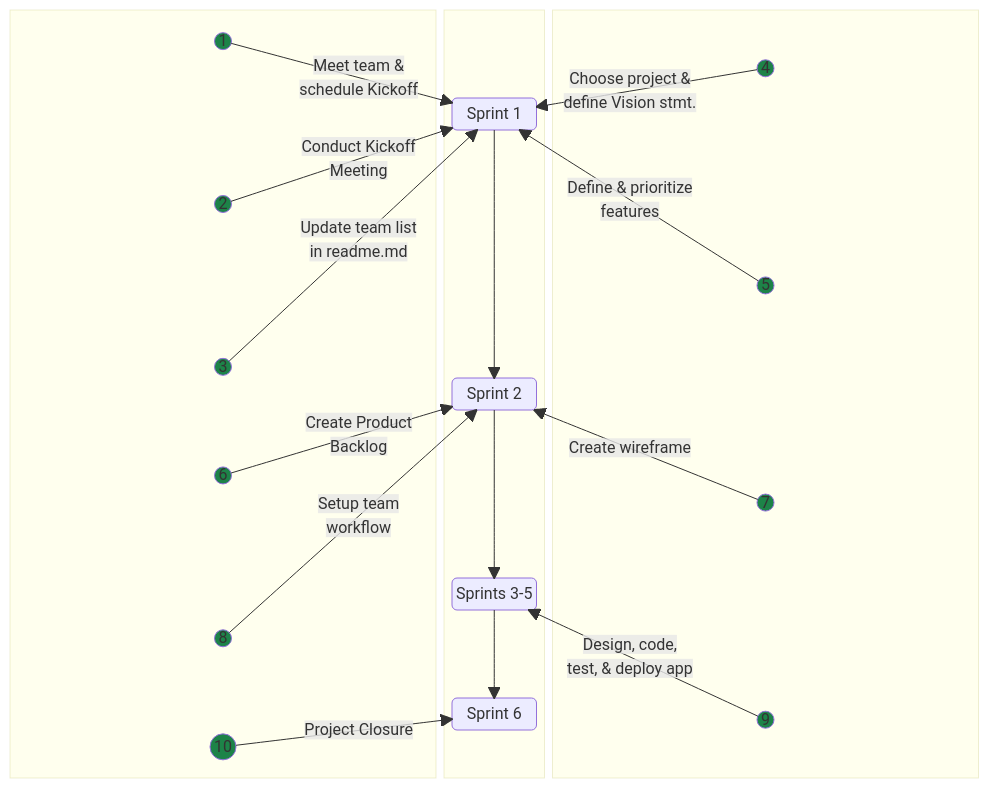
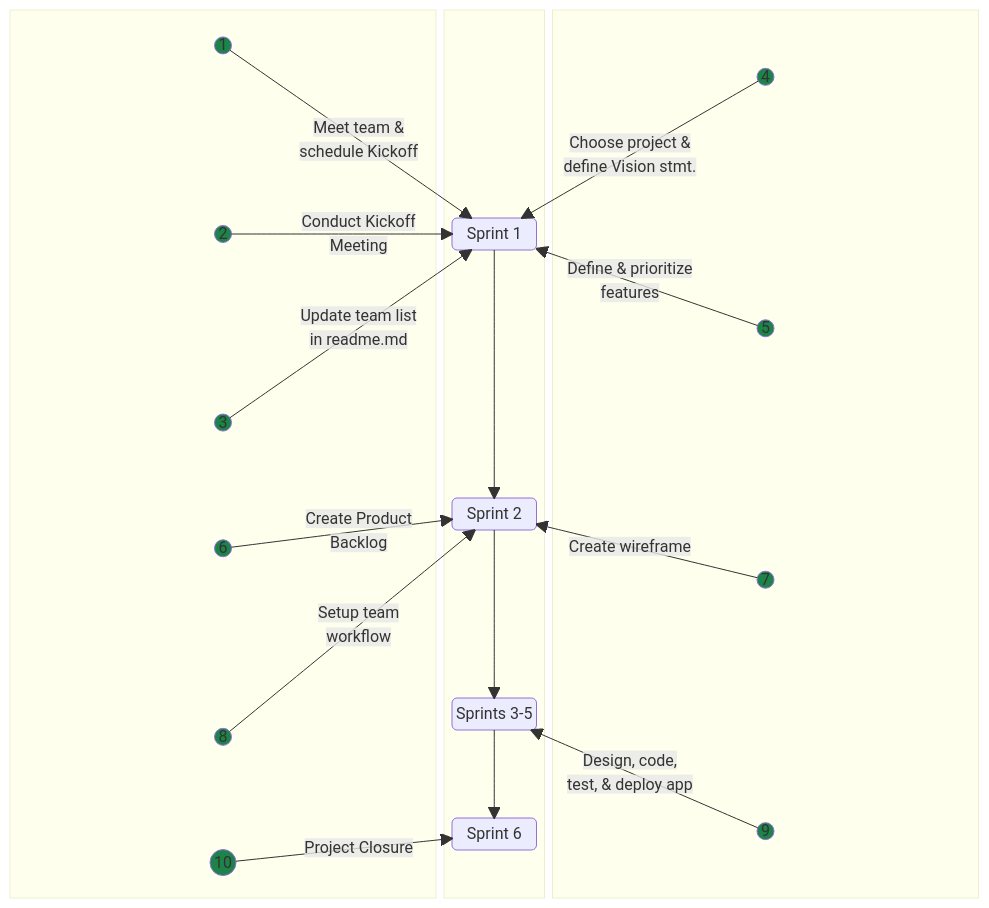
One commit to jdmedlock/mermaid_testing changed the diagram in README.md. Above: the diagram before and after it, drawn with Mermaid.

Commit message:
Feature: Recreate linear sprint diagram

```diff
--- a/README.md
+++ b/README.md
@@ -24,6 +24,9 @@
     
     block:CENTER:1
       columns 1
+      space
+      space
+      space
       space
       space
       SPRINT1("Sprint 1")
```
